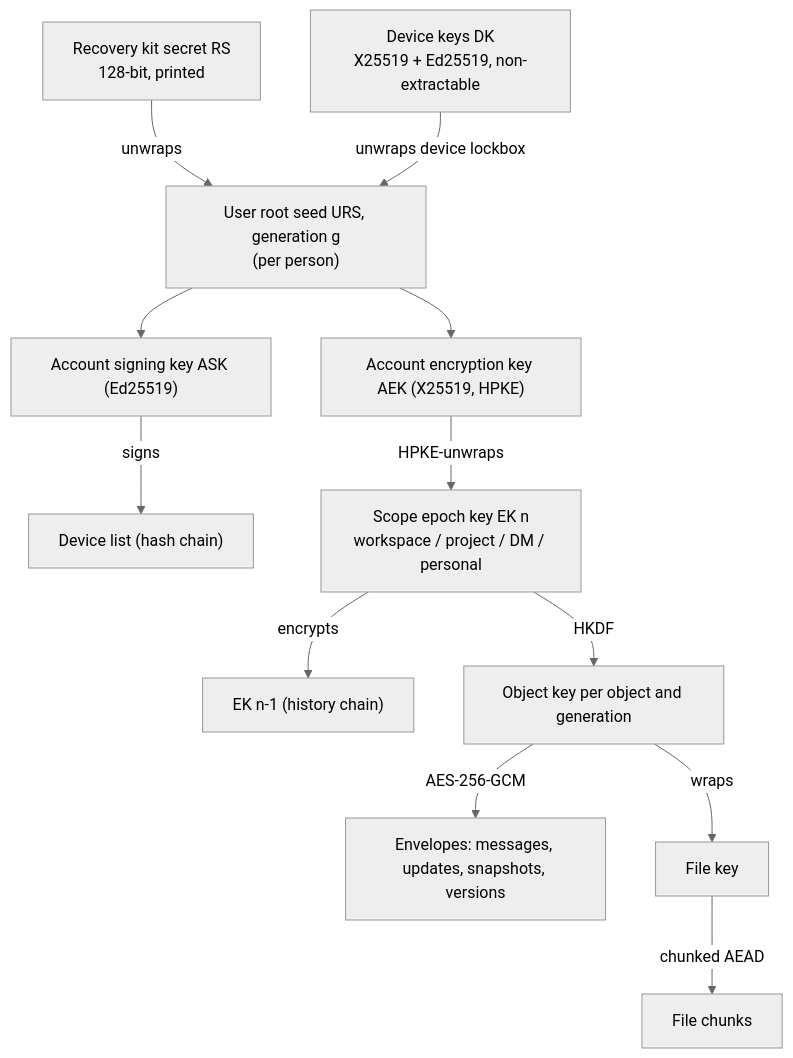
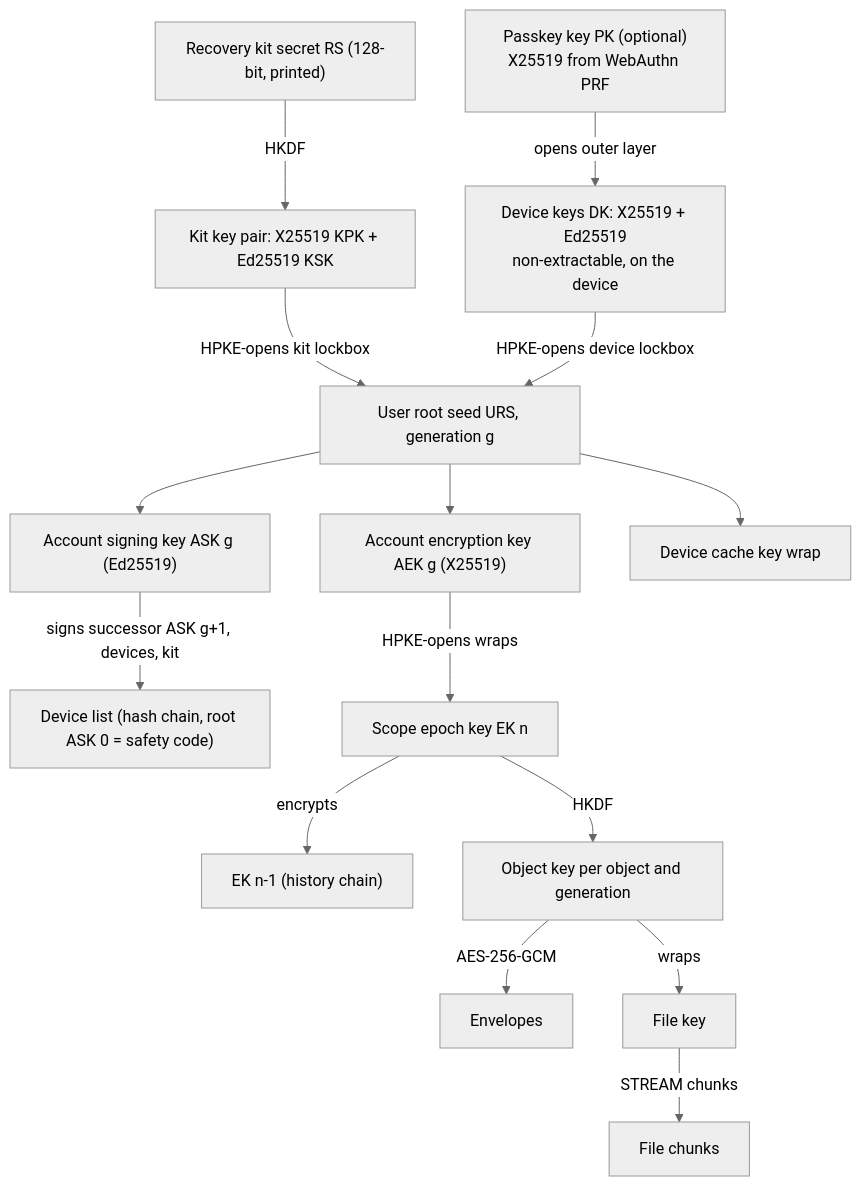
Before and after one commit to ColdPhase/flux: the diagram in docs/product/e2ee.md, drawn with Mermaid (neutral theme). The commit also changed other lines of this file and 3 other files, not shown here.

````diff
--- a/docs/product/e2ee.md
+++ b/docs/product/e2ee.md
@@ -86,13 +126,18 @@
 ```mermaid
 flowchart TD
-  RK["Recovery kit secret RS<br/>128-bit, printed"] -->|unwraps| URS
-  DEV["Device keys DK<br/>X25519 + Ed25519, non-extractable"] -->|unwraps device lockbox| URS
-  URS["User root seed URS, generation g<br/>(per person)"] --> ASK["Account signing key ASK (Ed25519)"]
-  URS --> AEK["Account encryption key AEK (X25519, HPKE)"]
-  ASK -->|signs| DL["Device list (hash chain)"]
-  AEK -->|HPKE-unwraps| EK["Scope epoch key EK n<br/>workspace / project / DM / personal"]
+  KIT["Recovery kit secret RS (128-bit, printed)"] -->|HKDF| KP["Kit key pair: X25519 KPK + Ed25519 KSK"]
+  DK["Device keys DK: X25519 + Ed25519<br/>non-extractable, on the device"]
+  PK["Passkey key PK (optional)<br/>X25519 from WebAuthn PRF"]
+  KP -->|"HPKE-opens kit lockbox"| URS
+  DK -->|"HPKE-opens device lockbox"| URS
+  PK -->|"opens outer layer"| DK
+  URS["User root seed URS, generation g"] --> ASK["Account signing key ASK g (Ed25519)"]
+  URS --> AEK["Account encryption key AEK g (X25519)"]
+  URS --> CK["Device cache key wrap"]
+  ASK -->|"signs successor ASK g+1, devices, kit"| DL["Device list (hash chain, root ASK 0 = safety code)"]
+  AEK -->|"HPKE-opens wraps"| EK["Scope epoch key EK n"]
   EK -->|encrypts| EKP["EK n-1 (history chain)"]
   EK -->|HKDF| OK["Object key per object and generation"]
-  OK -->|AES-256-GCM| C["Envelopes: messages, updates, snapshots, versions"]
-  OK -->|wraps| FK["File key"] -->|chunked AEAD| F["File chunks"]
+  OK -->|AES-256-GCM| C["Envelopes"]
+  OK -->|wraps| FK["File key"] -->|"STREAM chunks"| F["File chunks"]
 ```
````
